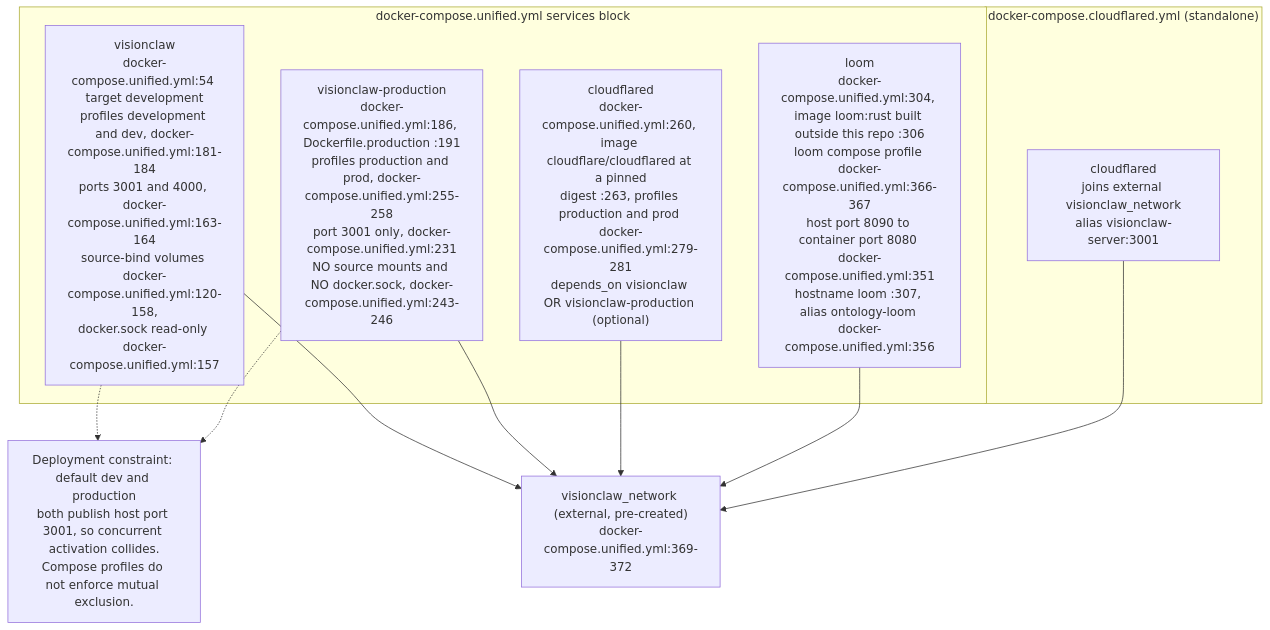
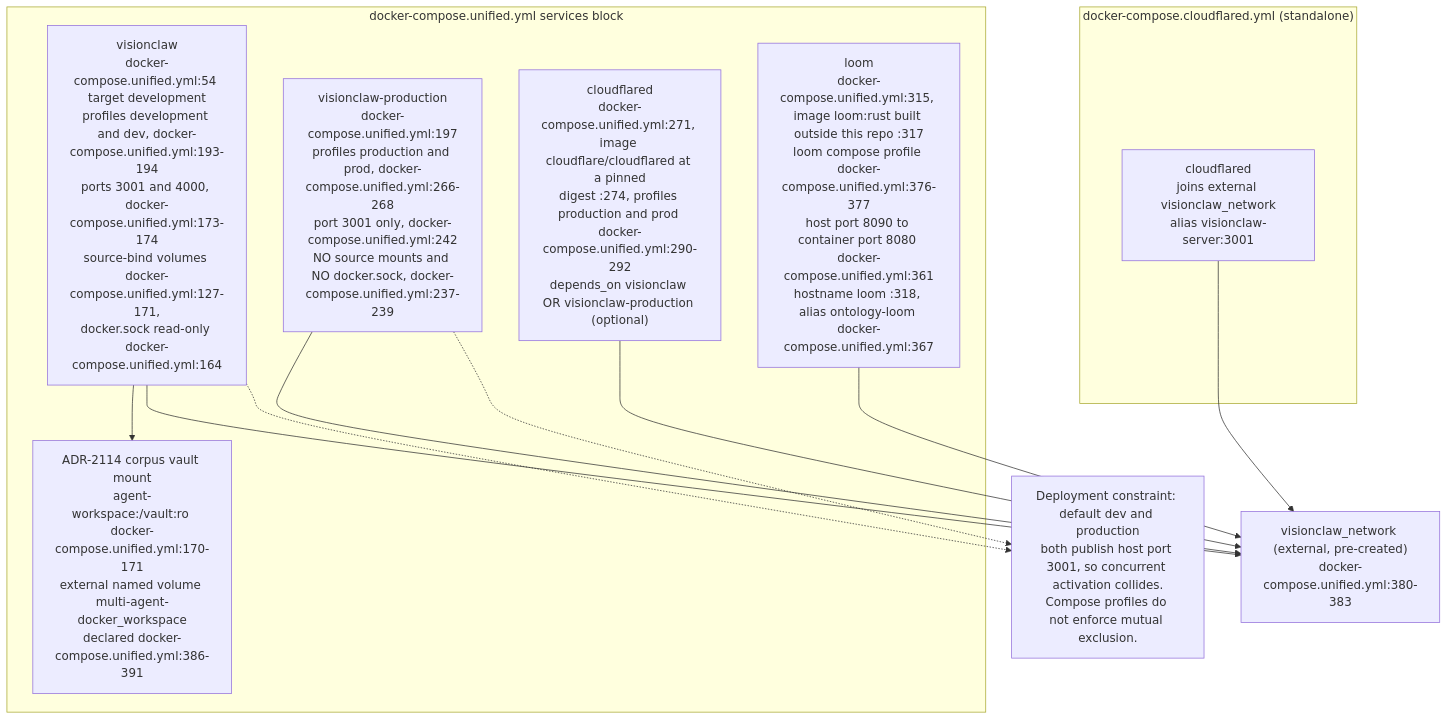
One commit to DreamLab-AI/VisionFlow changed the eighth of 23 diagrams in docs/diagrams/estate/09-build-deploy-and-ci-estate.md. Above: the diagram before and after it, drawn with Mermaid. The commit also changed other lines of this file and 136 other files, not shown here.

First line of the commit message:
docs(diagrams): refresh the whole corpus to code HEAD and prune low-value diagrams

````diff
--- a/docs/diagrams/estate/09-build-deploy-and-ci-estate.md
+++ b/docs/diagrams/estate/09-build-deploy-and-ci-estate.md
@@ -285,23 +280,25 @@
 ```mermaid
 flowchart TB
     subgraph PROFILES["docker-compose.unified.yml services block"]
-        DEVSVC["visionclaw<br/>docker-compose.unified.yml:54 target development<br/>profiles development and dev, docker-compose.unified.yml:181-184<br/>ports 3001 and 4000, docker-compose.unified.yml:163-164<br/>source-bind volumes docker-compose.unified.yml:120-158,<br/>docker.sock read-only docker-compose.unified.yml:157"]
-        PRODSVC["visionclaw-production<br/>docker-compose.unified.yml:186, Dockerfile.production :191<br/>profiles production and prod, docker-compose.unified.yml:255-258<br/>port 3001 only, docker-compose.unified.yml:231<br/>NO source mounts and NO docker.sock, docker-compose.unified.yml:243-246"]
-        CLOUDFLARED["cloudflared<br/>docker-compose.unified.yml:260, image cloudflare/cloudflared at a pinned<br/>digest :263, profiles production and prod docker-compose.unified.yml:279-281<br/>depends_on visionclaw OR visionclaw-production (optional)"]
-        LOOM["loom<br/>docker-compose.unified.yml:304, image loom:rust built outside this repo :306<br/>loom compose profile docker-compose.unified.yml:366-367<br/>host port 8090 to container port 8080 docker-compose.unified.yml:351<br/>hostname loom :307, alias ontology-loom docker-compose.unified.yml:356"]
+        DEVSVC["visionclaw<br/>docker-compose.unified.yml:54 target development<br/>profiles development and dev, docker-compose.unified.yml:193-194<br/>ports 3001 and 4000, docker-compose.unified.yml:173-174<br/>source-bind volumes docker-compose.unified.yml:127-171,<br/>docker.sock read-only docker-compose.unified.yml:164"]
+        VAULTMOUNT["ADR-2114 corpus vault mount<br/>agent-workspace:/vault:ro docker-compose.unified.yml:170-171<br/>external named volume multi-agent-docker_workspace<br/>declared docker-compose.unified.yml:386-391"]
+        PRODSVC["visionclaw-production<br/>docker-compose.unified.yml:197<br/>profiles production and prod, docker-compose.unified.yml:266-268<br/>port 3001 only, docker-compose.unified.yml:242<br/>NO source mounts and NO docker.sock, docker-compose.unified.yml:237-239"]
+        CLOUDFLARED["cloudflared<br/>docker-compose.unified.yml:271, image cloudflare/cloudflared at a pinned<br/>digest :274, profiles production and prod docker-compose.unified.yml:290-292<br/>depends_on visionclaw OR visionclaw-production (optional)"]
+        LOOM["loom<br/>docker-compose.unified.yml:315, image loom:rust built outside this repo :317<br/>loom compose profile docker-compose.unified.yml:376-377<br/>host port 8090 to container port 8080 docker-compose.unified.yml:361<br/>hostname loom :318, alias ontology-loom docker-compose.unified.yml:367"]
     end
     subgraph EXTFILE["docker-compose.cloudflared.yml (standalone)"]
         CFSTANDALONE["cloudflared<br/>joins external visionclaw_network<br/>alias visionclaw-server:3001"]
     end
-    NET["visionclaw_network (external, pre-created)<br/>docker-compose.unified.yml:369-372"]
+    NET["visionclaw_network (external, pre-created)<br/>docker-compose.unified.yml:380-383"]
 
+    DEVSVC --> VAULTMOUNT
     DEVSVC --> NET
     PRODSVC --> NET
     CLOUDFLARED --> NET
     LOOM --> NET
     CFSTANDALONE --> NET
 
     GATE["Deployment constraint: default dev and production<br/>both publish host port 3001, so concurrent activation collides.<br/>Compose profiles do not enforce mutual exclusion."]
     DEVSVC -.-> GATE
     PRODSVC -.-> GATE
 ```
````
